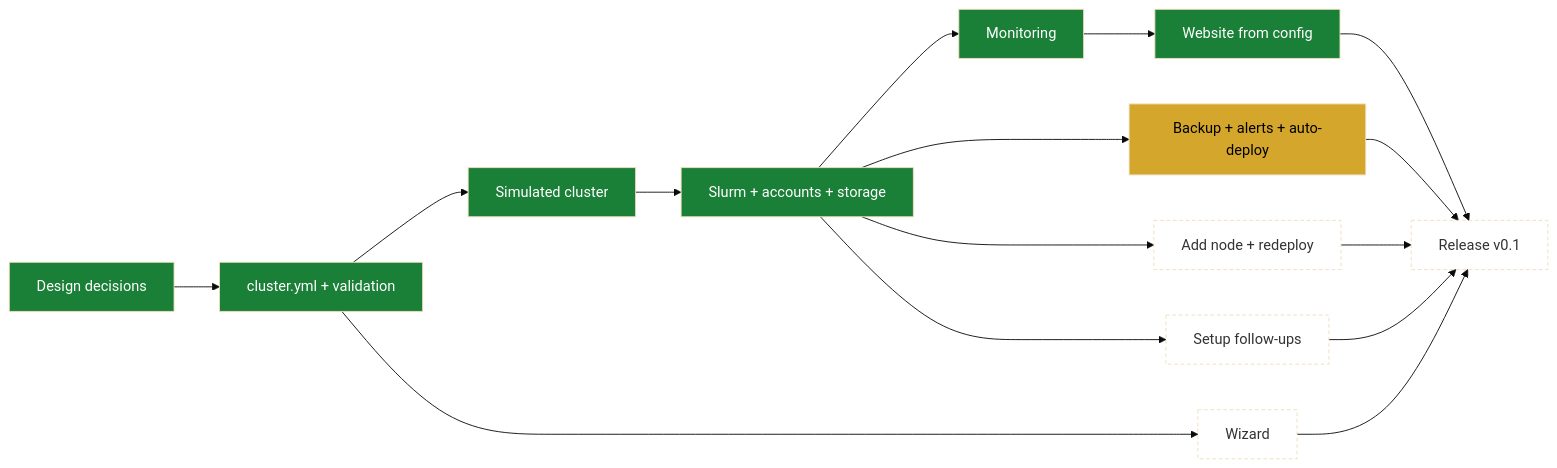
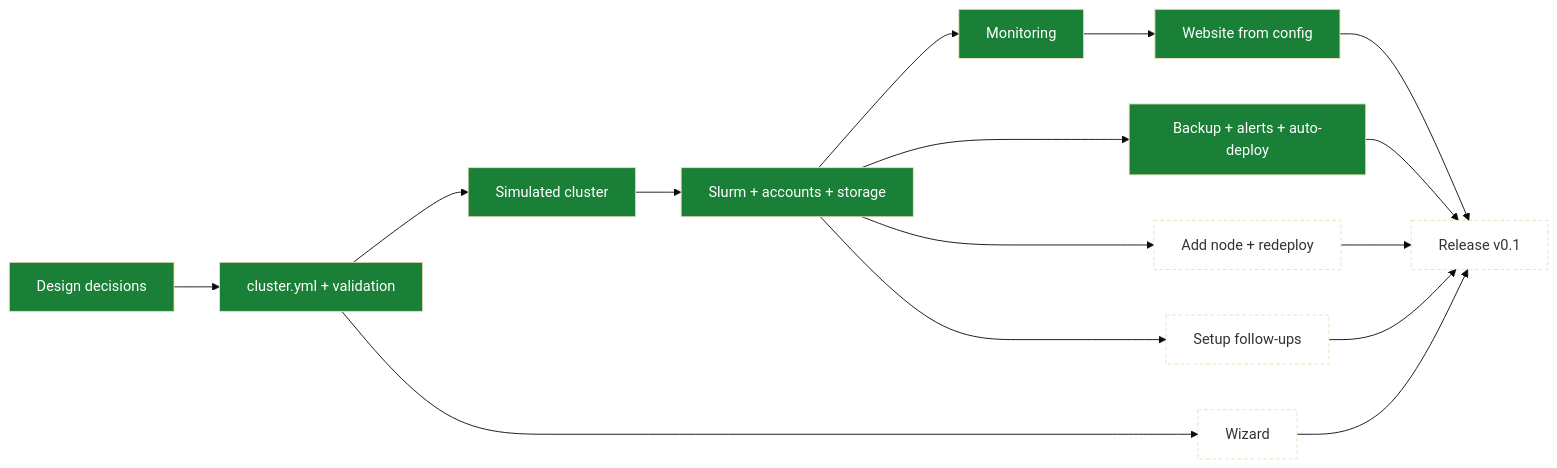
The diagram in TODO.md (enajx/nanoHPC), drawn with Mermaid (base theme) before and after one commit. The commit also changed other lines of this file and 1 other file, not shown here.

Commit message:
Mark automatic deploys done (M6b)
- TODO.md: automatic deploys done; the roadmap's backup, alerts, and auto-deploy step done
- md/DONE.md: what M6b built

````diff
--- a/TODO.md
+++ b/TODO.md
@@ -11,21 +11,21 @@
 ```mermaid
 flowchart LR
   classDef done fill:#1a7f37,color:#fff
   classDef wip fill:#d4a72c,color:#000
   classDef queued fill:none,stroke-dasharray:4 3
 
   D[Design decisions]:::done --> C[cluster.yml + validation]:::done
   C --> SIM[Simulated cluster]:::done
   SIM --> S[Slurm + accounts + storage]:::done
   S --> M[Monitoring]:::done
   M --> W[Website from config]:::done
-  S --> BK[Backup + alerts + auto-deploy]:::wip
+  S --> BK[Backup + alerts + auto-deploy]:::done
   C --> WZ[Wizard]:::queued
   S --> N[Add node + redeploy]:::queued
   W --> R[Release v0.1]:::queued
   BK --> R
   WZ --> R
   N --> R
   S --> F[Setup follow-ups]:::queued
   F --> R
 ```
````
